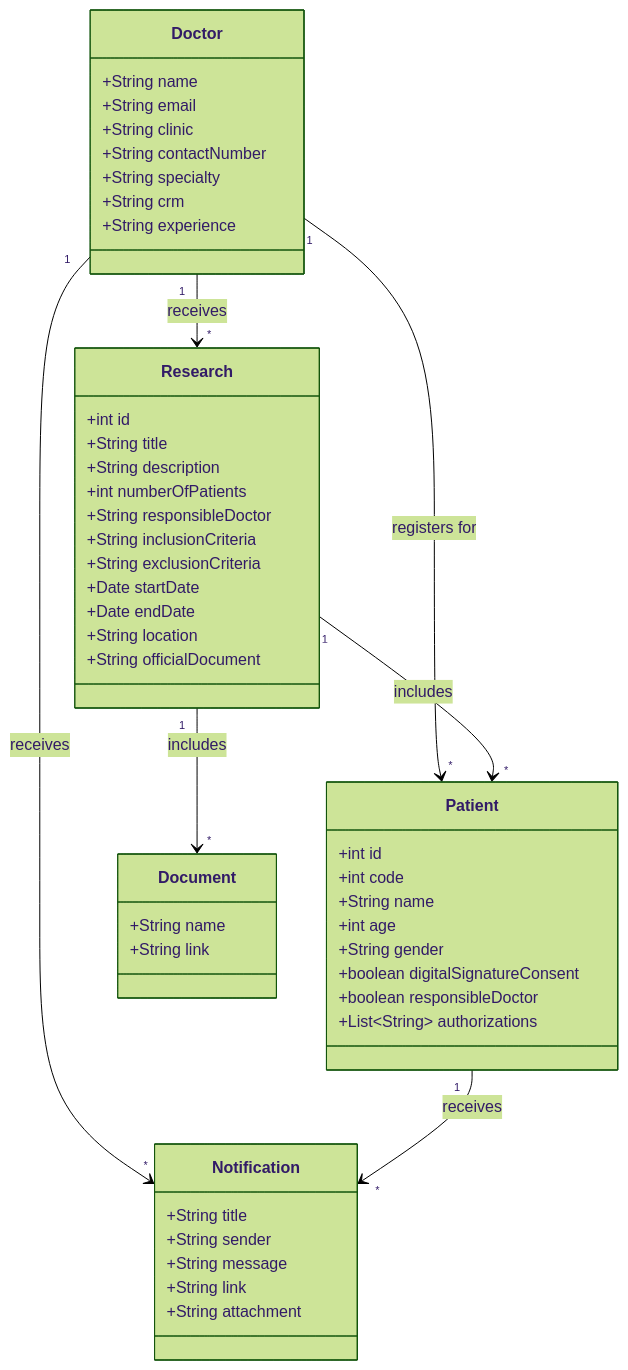
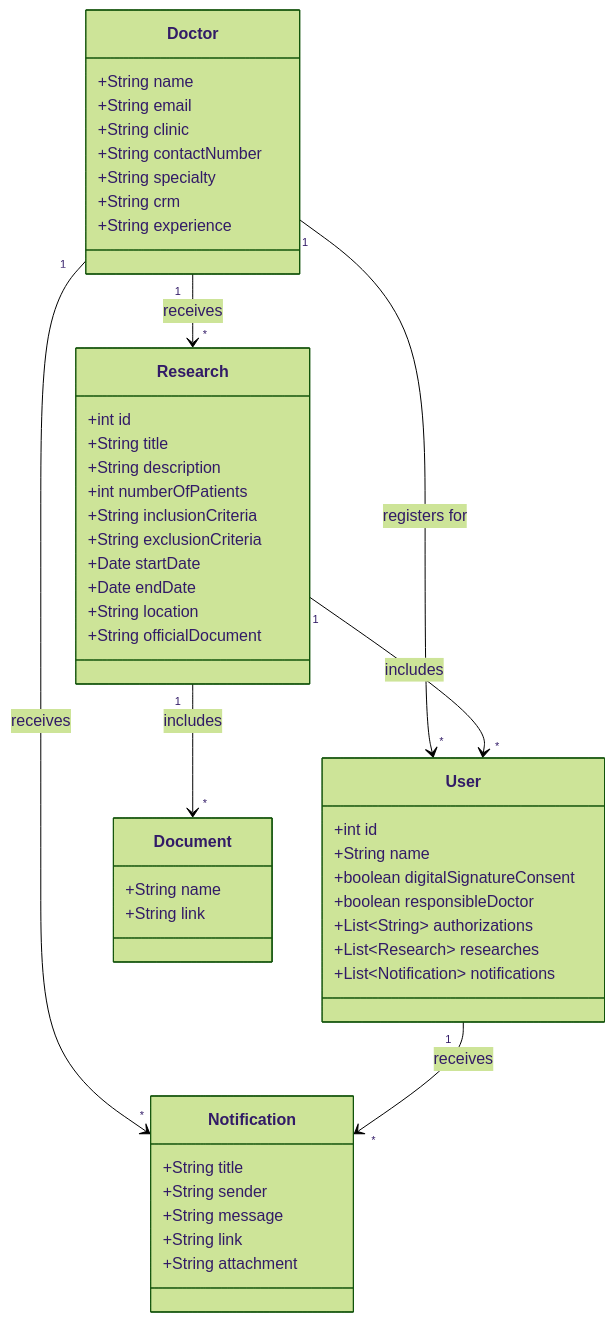
Before and after one commit to andrefilipe1310/inovamed-: the third of 17 diagrams in README.md, drawn with Mermaid (forest theme).

````diff
--- a/README.md
+++ b/README.md
@@ -50,58 +50,57 @@
 ```mermaid
 classDiagram
     class Doctor {
         +String name
         +String email
         +String clinic
         +String contactNumber
         +String specialty
         +String crm
         +String experience
     }
 
-    class Patient {
+    class User {
         +int id
-        +int code
         +String name
-        +int age
-        +String gender
         +boolean digitalSignatureConsent
         +boolean responsibleDoctor
         +List~String~ authorizations
+        +List~Research~ researches
+        +List~Notification~ notifications
     }
 
     class Research {
         +int id
         +String title
         +String description
         +int numberOfPatients
-        +String responsibleDoctor
         +String inclusionCriteria
         +String exclusionCriteria
         +Date startDate
         +Date endDate
         +String location
         +String officialDocument
     }
 
     class Document {
         +String name
         +String link
     }
 
     class Notification {
         +String title
         +String sender
         +String message
         +String link
         +String attachment
     }
 
     Doctor "1" --> "*" Research : receives
-    Doctor "1" --> "*" Patient : registers for
-    Research "1" --> "*" Patient : includes
+    Doctor "1" --> "*" User : registers for
+    Research "1" --> "*" User : includes
     Research "1" --> "*" Document : includes
     Doctor "1" --> "*" Notification : receives
-    Patient "1" --> "*" Notification : receives
+    User "1" --> "*" Notification : receives
+
 
 ```
````
